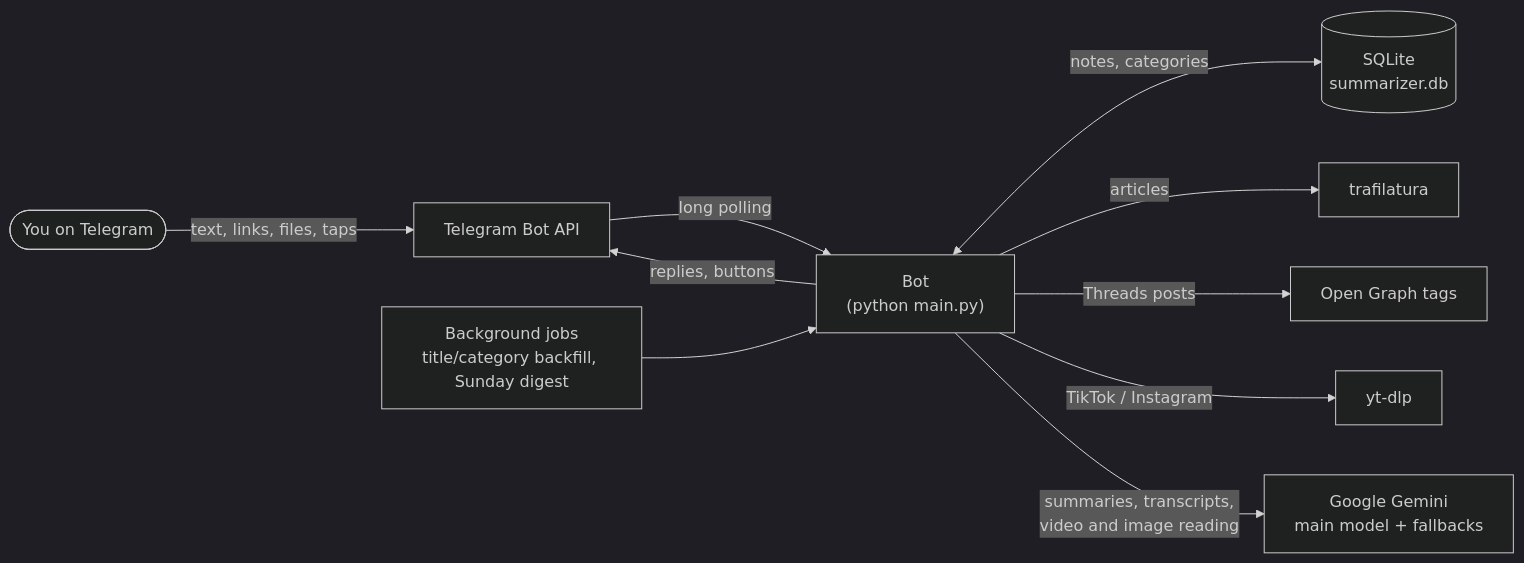
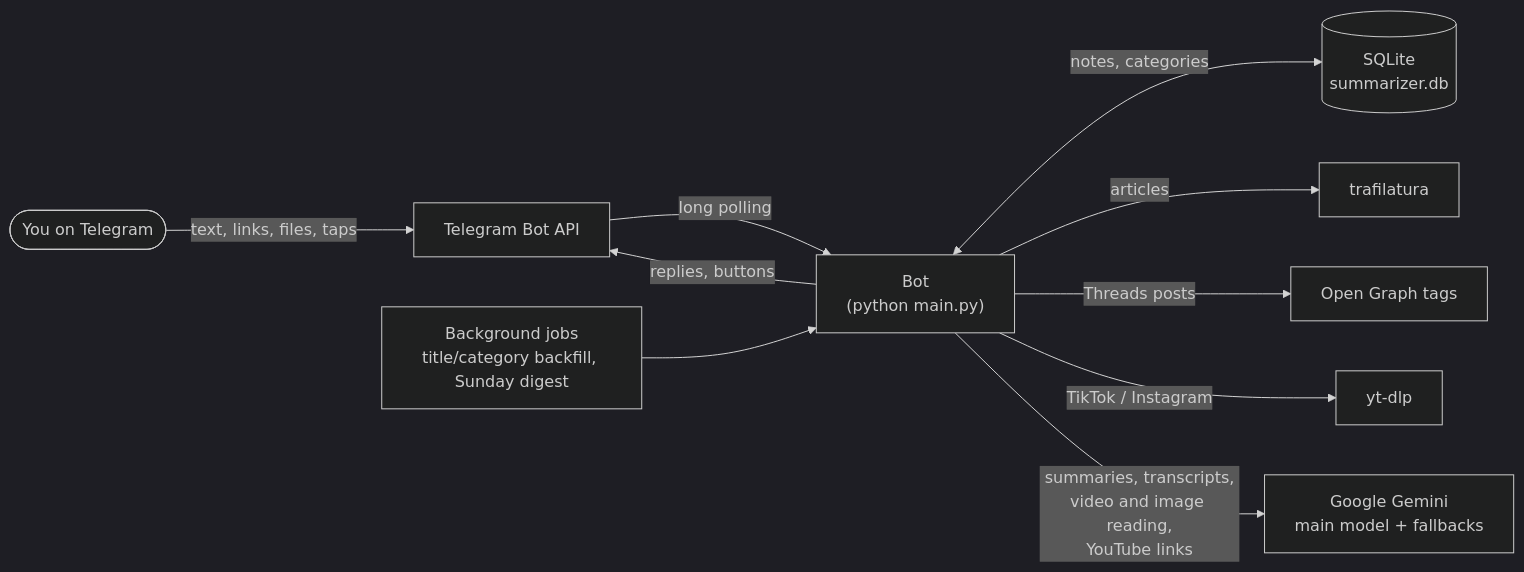
Before and after one commit to nabilhrs/social-summary-bot: the first of 4 diagrams in README.md, drawn with Mermaid (dark theme). The commit also changed other lines of this file and 2 other files, not shown here.

Commit message:
docs: document YouTube links, duplicate check, favourites and backups

````diff
--- a/README.md
+++ b/README.md
@@ -25,12 +26,12 @@
 ```mermaid
 flowchart LR
     U(["You on Telegram"]) -- "text, links, files, taps" --> TG["Telegram Bot API"]
     TG -- "long polling" --> B["Bot<br/>(python main.py)"]
     B -- "replies, buttons" --> TG
     B <-- "notes, categories" --> DB[("SQLite<br/>summarizer.db")]
     B -- "articles" --> TR["trafilatura"]
     B -- "Threads posts" --> OG["Open Graph tags"]
     B -- "TikTok / Instagram" --> YT["yt-dlp"]
-    B -- "summaries, transcripts,<br/>video and image reading" --> G["Google Gemini<br/>main model + fallbacks"]
+    B -- "summaries, transcripts,<br/>video and image reading,<br/>YouTube links" --> G["Google Gemini<br/>main model + fallbacks"]
     J["Background jobs<br/>title/category backfill, Sunday digest"] --> B
 ```
````
